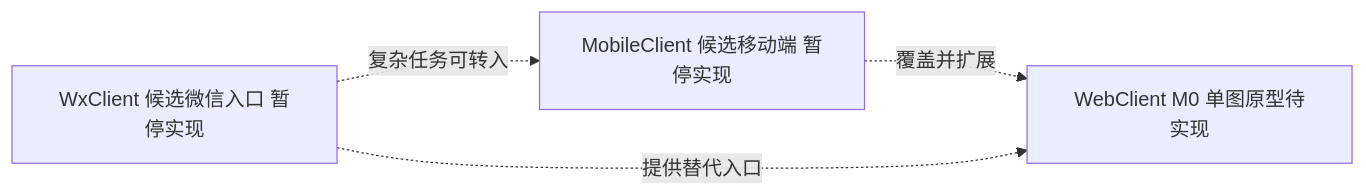
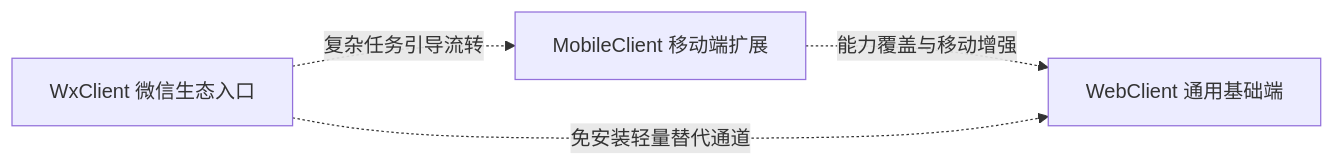
The first of 3 diagrams in ARCHITECTURE.md (QingMouFoodDate/ProjectPRD), drawn with Mermaid before and after one commit. The commit also changed other lines of this file and 3 other files, not shown here.

````diff
--- a/ARCHITECTURE.md
+++ b/ARCHITECTURE.md
@@ -40,10 +41,10 @@
 ```mermaid
 flowchart LR
-    MOBILE["MobileClient 候选移动端 暂停实现"]
-    WEB["WebClient M0 单图原型待实现"]
-    WX["WxClient 候选微信入口 暂停实现"]
+    MOBILE["MobileClient 移动端扩展"]
+    WEB["WebClient 通用基础端"]
+    WX["WxClient 微信生态入口"]
 
-    MOBILE -.覆盖并扩展.-> WEB
-    WX -.提供替代入口.-> WEB
-    WX -.复杂任务可转入.-> MOBILE
+    MOBILE -.能力覆盖与移动增强.-> WEB
+    WX -.免安装轻量替代通道.-> WEB
+    WX -.复杂任务引导流转.-> MOBILE
 ```
````
